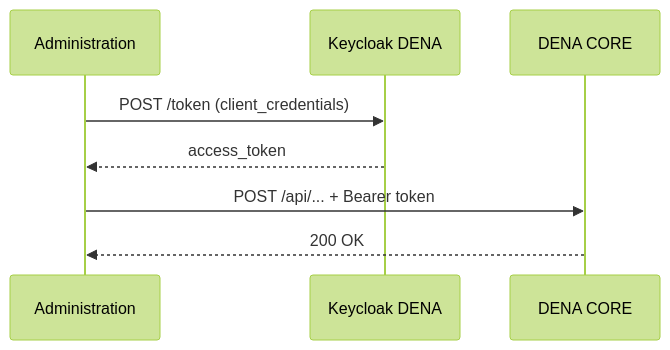
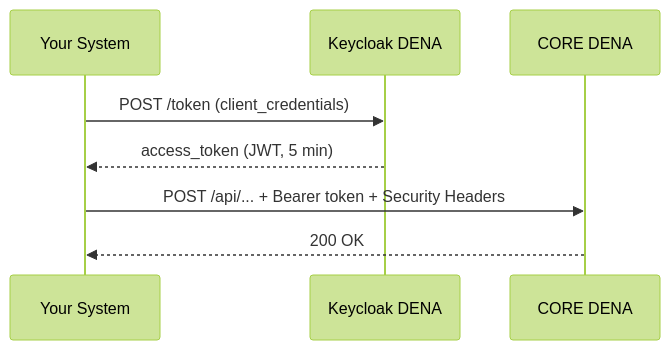
The diagram in docs/autenticacion/administracion-core-dena/index.en.md (DENA-Euskadi/dena-euskadi.github.io), drawn with Mermaid (forest theme) before and after one commit. The commit also changed other lines of this file and 193 other files, not shown here.

````diff
--- a/docs/autenticacion/administracion-core-dena/index.en.md
+++ b/docs/autenticacion/administracion-core-dena/index.en.md
@@ -11,11 +11,11 @@
 ``` mermaid
 sequenceDiagram
-    participant Admin as Administration
+    participant Admin as Your System
     participant IDP as Keycloak DENA
-    participant DENA as DENA CORE
+    participant DENA as CORE DENA
 
     Admin->>IDP: POST /token (client_credentials)
-    IDP-->>Admin: access_token
-    Admin->>DENA: POST /api/... + Bearer token
+    IDP-->>Admin: access_token (JWT, 5 min)
+    Admin->>DENA: POST /api/... + Bearer token + Security Headers
     DENA-->>Admin: 200 OK
 ```
````
